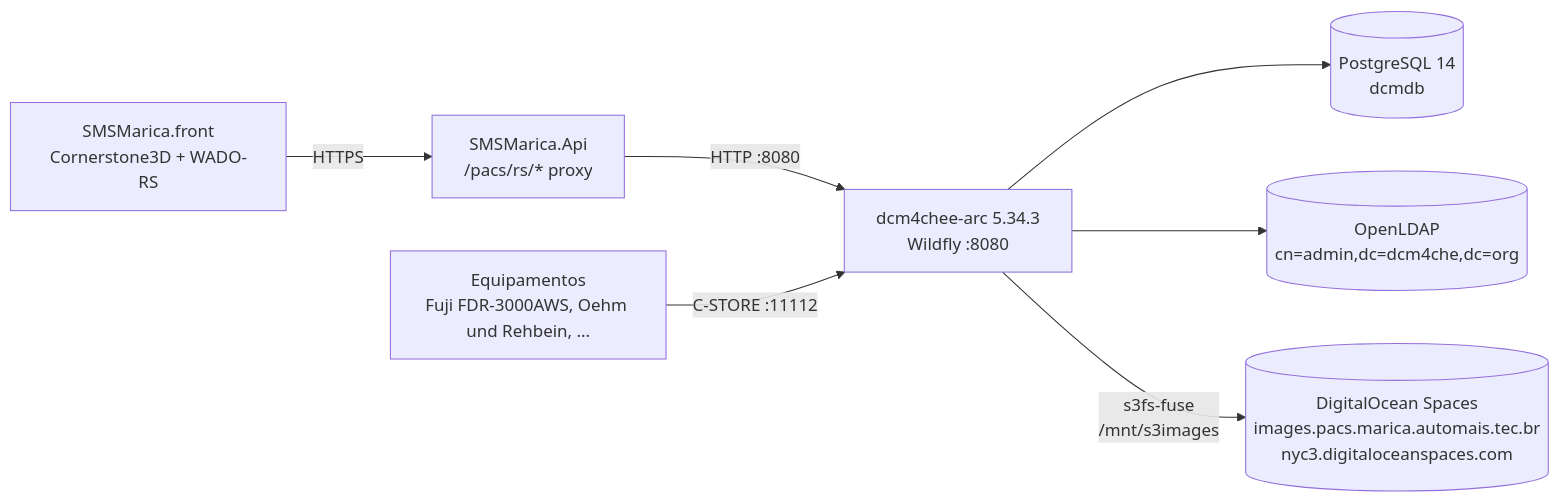
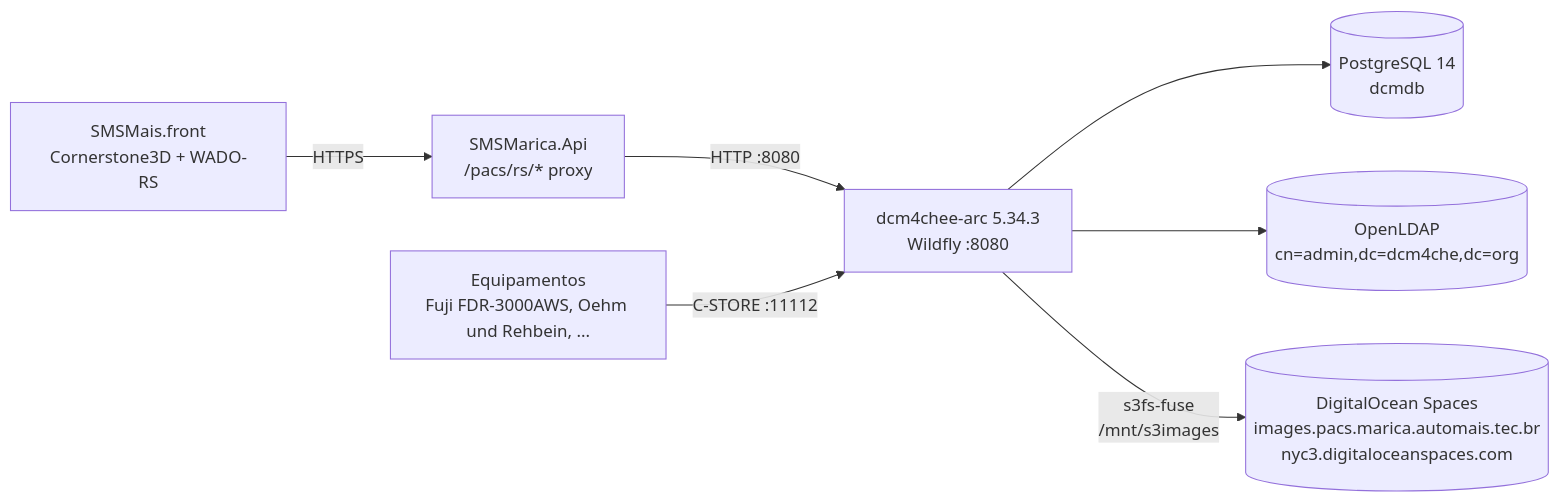
One commit to AutomaisIO/SMSMarica changed the diagram in docs/pacs.md. Above: the diagram before and after it, drawn with Mermaid. The commit also changed other lines of this file and 506 other files, not shown here.

First line of the commit message:
refactor(rename): SMSMarica.front vira SMSMais.front — fatia 3

````diff
--- a/docs/pacs.md
+++ b/docs/pacs.md
@@ -16,16 +16,16 @@
 ```mermaid
 flowchart LR
-  Front[SMSMarica.front<br/>Cornerstone3D + WADO-RS]
+  Front[SMSMais.front<br/>Cornerstone3D + WADO-RS]
   Api[SMSMarica.Api<br/>/pacs/rs/* proxy]
   Arc[dcm4chee-arc 5.34.3<br/>Wildfly :8080]
   PG[(PostgreSQL 14<br/>dcmdb)]
   LDAP[(OpenLDAP<br/>cn=admin,dc=dcm4che,dc=org)]
   S3[(DigitalOcean Spaces<br/>images.pacs.marica.automais.tec.br<br/>nyc3.digitaloceanspaces.com)]
   Mod[Equipamentos<br/>Fuji FDR-3000AWS, Oehm und Rehbein, ...]
 
   Front -->|HTTPS| Api -->|HTTP :8080| Arc
   Arc --> PG
   Arc --> LDAP
   Arc -->|s3fs-fuse<br/>/mnt/s3images| S3
   Mod -->|C-STORE :11112| Arc
 ```
````
